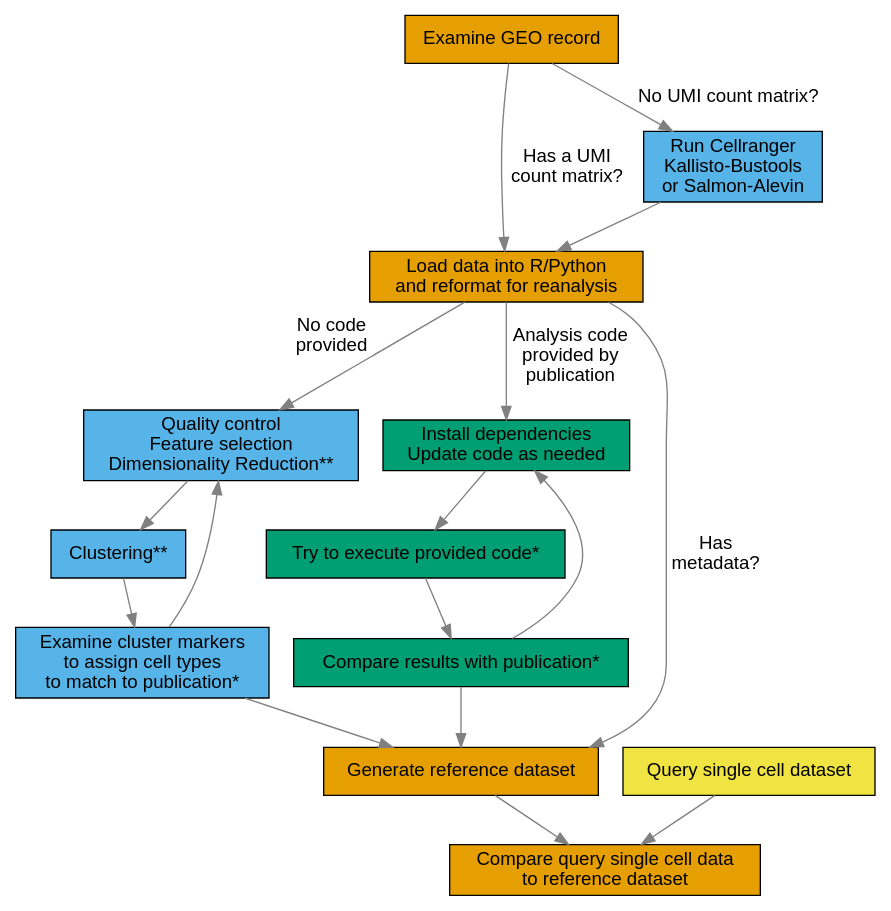
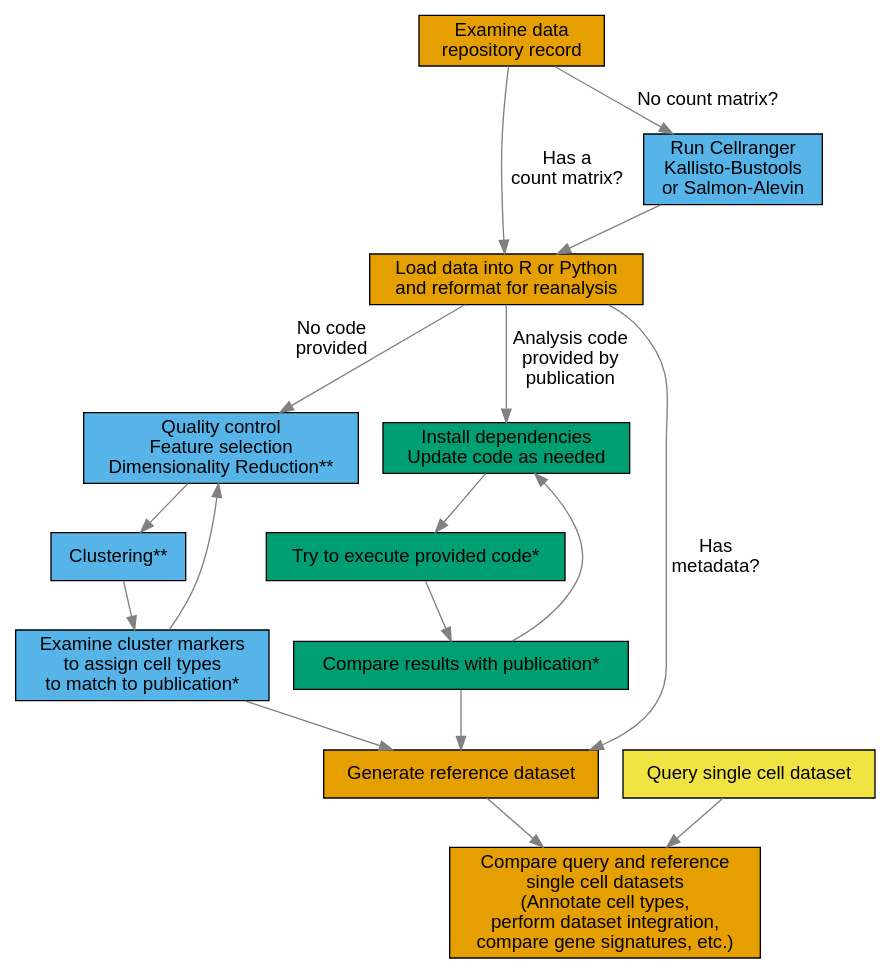
One commit to rnabioco/someta changed the diagram in inst/extdata/workflow.gv. Above: the diagram before and after it, drawn with Graphviz. The commit also changed 1 other file, not shown here.

Commit message:
update graphviz file used in manuscript

```diff
--- a/inst/extdata/workflow.gv
+++ b/inst/extdata/workflow.gv
@@ -1,65 +1,65 @@
 digraph workflow {
   graph [layout = dot,
         rankdir = TB]
 
   node [shape = cicle,
         style = filled,
         fontcolor = black,
         fontname = "Helvetica"]
 
   # start
   node [fillcolor = "#E69F00"]
-  startnode [label = "Examine GEO record"];
-  mdata [label = "Load data into R/Python\nand reformat for reanalysis"]
+  startnode [label = "Examine data\n repository record"];
+  mdata [label = "Load data into R or Python\nand reformat for reanalysis"]
 
 
   # rds or h5ad parsing
  # node [fillcolor = "#56B4E9"]
  # objdata [label = "Load data in R/Python\nReformat for reanalysis"]
 
 
   # no metadata parsing
   node [fillcolor = "#56B4E9"]
 
   nomdata_nomatrix [label = "Run Cellranger\nKallisto-Bustools\nor Salmon-Alevin"]
   nomdata_3 [label = "Quality control\nFeature selection\nDimensionality Reduction**"]
   nomdata_4 [label = "Clustering**"]
   nomdata_5 [label = "Examine cluster markers\n to assign cell types\nto match to publication*"]
 
   # code
   node [fillcolor = "#009E73"]
   code [label = "Install dependencies\n Update code as needed"]
   code_1 [label = "Try to execute provided code*"]
   code_2 [label = "Compare results with publication*"]
 
   # post metadata processing
   node [fillcolor = "#E69F00"]
   post [label = "Generate reference dataset"]
-  post_2 [label = "Compare query single cell data\nto reference dataset"]
+  post_2 [label = "Compare query and reference\nsingle cell datasets\n (Annotate cell types, \nperform dataset integration, \ncompare gene signatures, etc.)"]
 
   # query data
   node [fillcolor = "#F0E442"]
   query [label = "Query single cell dataset"]
 
 
   edge [color = grey
         fontname = "Helvetica"]
 
   startnode -> mdata [
-                      label = "Has a UMI\ncount matrix?"]
-  startnode -> nomdata_nomatrix [label = "No UMI count matrix?"]
+                      label = "Has a \ncount matrix?"]
+  startnode -> nomdata_nomatrix [label = "No count matrix?"]
   nomdata_nomatrix -> mdata
 
   mdata -> nomdata_3 [xlabel = "No code\nprovided"]
   mdata -> code [label = "Analysis code\nprovided by\npublication"]
   nomdata_3 -> nomdata_4 -> nomdata_5 -> post
 
   code -> code_1 -> code_2 -> post
   code_2 -> code [label = ""]
 
   nomdata_5 -> nomdata_3 [label = ""]
   mdata -> post [label = "Has\nmetadata?"]
   post -> post_2
   query -> post_2
 
 }
```
